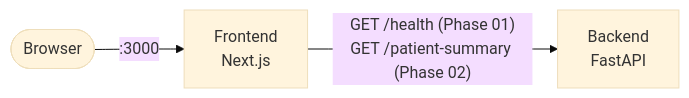
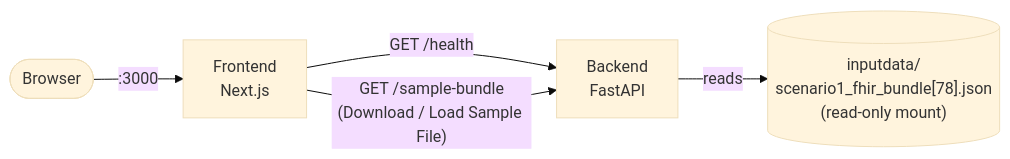
Before and after one commit to aaronfurtado93/patient-data-normalization: the diagram in project-plan/HLD.md, drawn with Mermaid (base theme). The commit also changed other lines of this file and 7 other files, not shown here.

Commit message:
iteration 02 add download sample and load sample functionality

````diff
--- a/project-plan/HLD.md
+++ b/project-plan/HLD.md
@@ -11,9 +9,12 @@
 ```mermaid
 flowchart LR
     User(["Browser"])
     FE["Frontend<br/>Next.js"]
     BE["Backend<br/>FastAPI"]
+    Bundle[("inputdata/<br/>scenario1_fhir_bundle[78].json<br/>(read-only mount)")]
 
     User -->|":3000"| FE
-    FE -->|"GET /health (Phase 01)<br/>GET /patient-summary (Phase 02)"| BE
+    FE -->|"GET /health"| BE
+    FE -->|"GET /sample-bundle<br/>(Download / Load Sample File)"| BE
+    BE -->|reads| Bundle
 ```
````
